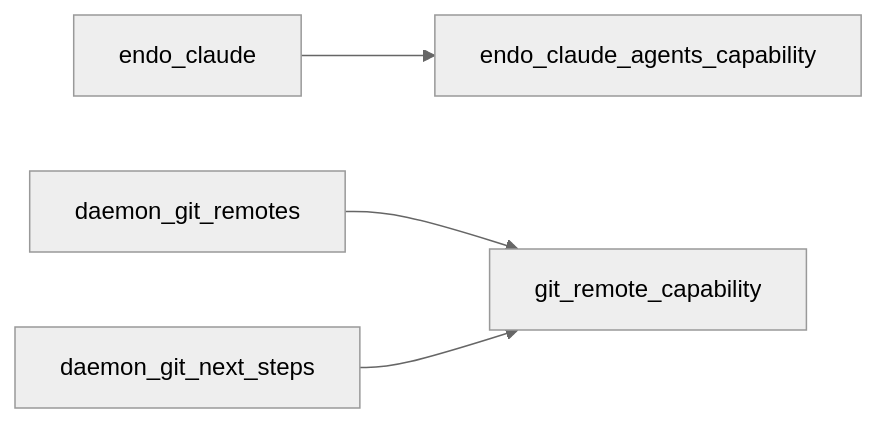
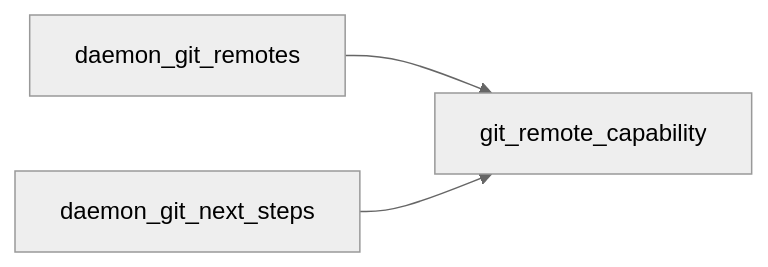
One commit to kriscendobot/garden changed the diagram in plan/README.md. Above: the diagram before and after it, drawn with Mermaid (neutral theme).

Commit message:
plan: re-render roadmap view from records

````diff
--- a/plan/README.md
+++ b/plan/README.md
@@ -186,6 +186,5 @@
 ```mermaid
 flowchart LR
-  endo_claude --> endo_claude_agents_capability
   daemon_git_remotes --> git_remote_capability
   daemon_git_next_steps --> git_remote_capability
 ```
````
